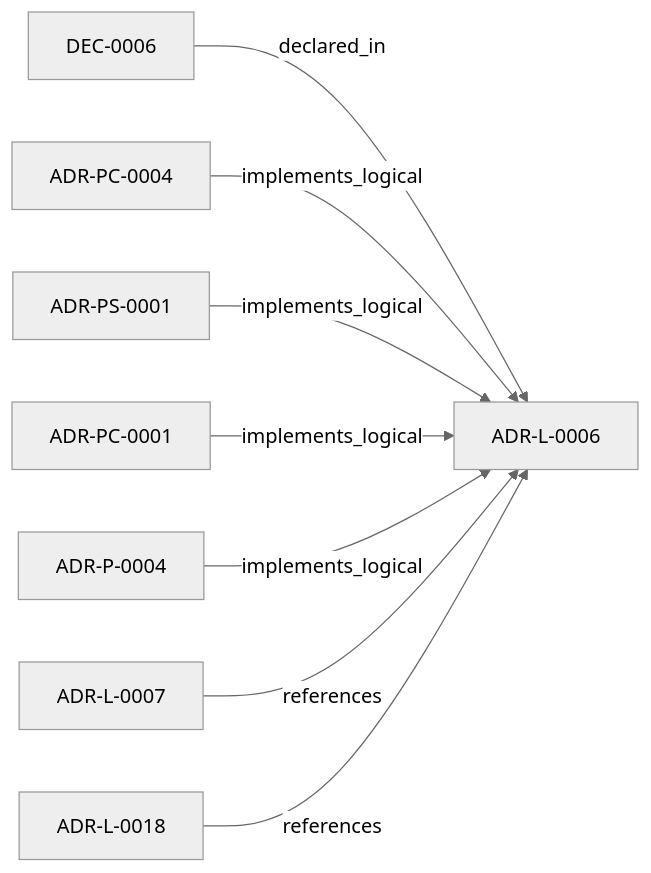
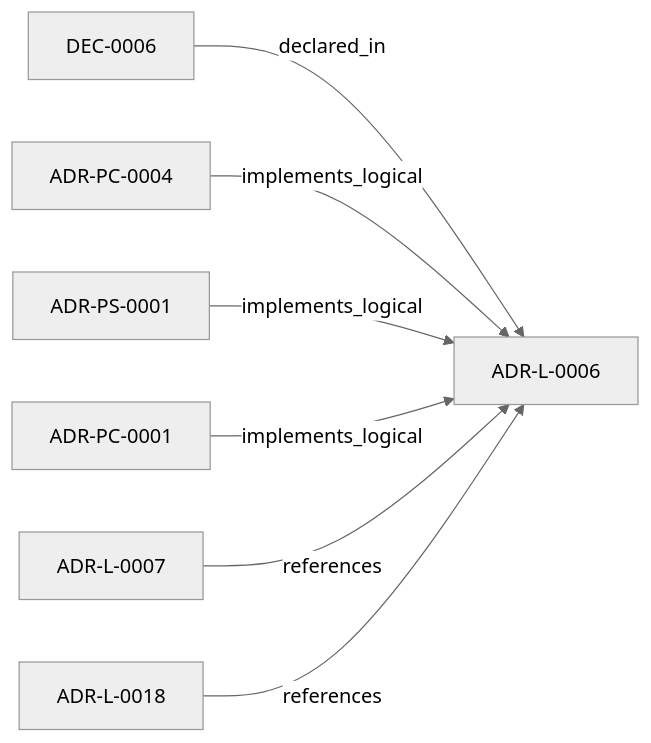
One commit to egallmann/ste-runtime changed the diagram in adrs/adr-projection/logical/ADR-L-0006-conversational-query-interface-for-rss.md. Above: the diagram before and after it, drawn with Mermaid (neutral theme). The commit also changed other lines of this file and 57 other files, not shown here.

````diff
--- a/adrs/adr-projection/logical/ADR-L-0006-conversational-query-interface-for-rss.md
+++ b/adrs/adr-projection/logical/ADR-L-0006-conversational-query-interface-for-rss.md
@@ -52,18 +52,16 @@
 ```mermaid
 flowchart LR
   n_019ff84e_4ece_70ba_bf2e_a0fecd4a986e["ADR-L-0007"]
   n_019ff84e_4ece_71c8_af1f_eb35c77b551a["ADR-L-0006"]
   n_019ff84e_4ece_7409_961d_14dde46e2cb5["DEC-0006"]
   n_019ff84e_4ece_7c3b_833e_dbdb54ed76ec["ADR-L-0018"]
   n_019ff84e_4ecf_7156_a33b_bc8bba3fac60["ADR-PC-0004"]
   n_019ff84e_4ecf_78a6_bb1c_676e50a3d97a["ADR-PS-0001"]
   n_019ff84e_4ecf_7d5e_a53c_bae8c74aca48["ADR-PC-0001"]
-  n_019ff84e_4ed0_78a0_9334_d520d3decf14["ADR-P-0004"]
   n_019ff84e_4ece_7409_961d_14dde46e2cb5 -->|"declared_in"| n_019ff84e_4ece_71c8_af1f_eb35c77b551a
   n_019ff84e_4ecf_7156_a33b_bc8bba3fac60 -->|"implements_logical"| n_019ff84e_4ece_71c8_af1f_eb35c77b551a
   n_019ff84e_4ecf_78a6_bb1c_676e50a3d97a -->|"implements_logical"| n_019ff84e_4ece_71c8_af1f_eb35c77b551a
   n_019ff84e_4ecf_7d5e_a53c_bae8c74aca48 -->|"implements_logical"| n_019ff84e_4ece_71c8_af1f_eb35c77b551a
-  n_019ff84e_4ed0_78a0_9334_d520d3decf14 -->|"implements_logical"| n_019ff84e_4ece_71c8_af1f_eb35c77b551a
   n_019ff84e_4ece_70ba_bf2e_a0fecd4a986e -->|"references"| n_019ff84e_4ece_71c8_af1f_eb35c77b551a
   n_019ff84e_4ece_7c3b_833e_dbdb54ed76ec -->|"references"| n_019ff84e_4ece_71c8_af1f_eb35c77b551a
 ```
````
